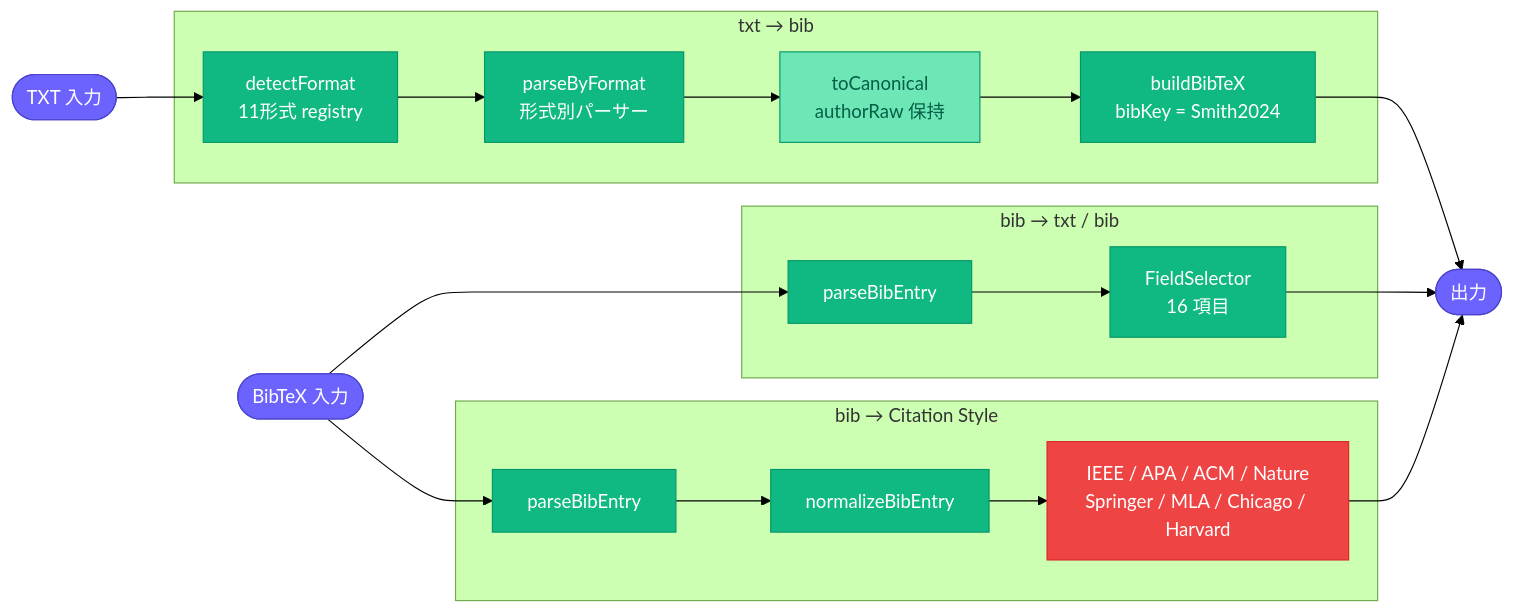
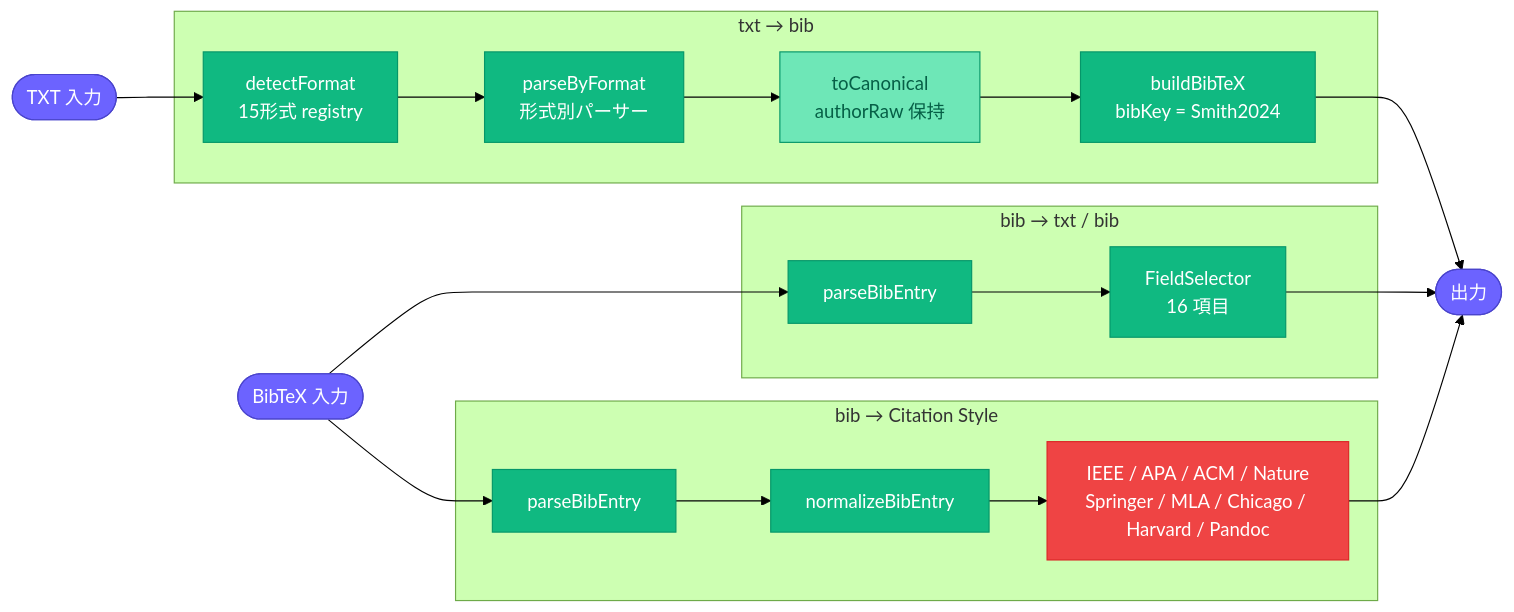
One commit to Axe0320/citation-bibtex-converter changed the second of 2 diagrams in README.md. Above: the diagram before and after it, drawn with Mermaid (forest theme). The commit also changed other lines of this file, not shown here.

````diff
--- a/README.md
+++ b/README.md
@@ -98,37 +99,37 @@
 ```mermaid
 flowchart LR
     classDef mod   fill:#10B981,color:#fff,stroke:#059669
     classDef canon fill:#6EE7B7,color:#065F46,stroke:#059669
     classDef fmt   fill:#EF4444,color:#fff,stroke:#DC2626
     classDef io    fill:#6C63FF,color:#fff,stroke:#4a44cc
 
     TI([TXT 入力]):::io
     BI([BibTeX 入力]):::io
     OUT([出力]):::io
 
     subgraph A["txt → bib"]
-        A1[detectFormat\n11形式 registry]:::mod
+        A1[detectFormat\n15形式 registry]:::mod
         A2[parseByFormat\n形式別パーサー]:::mod
         A3[toCanonical\nauthorRaw 保持]:::canon
         A4["buildBibTeX\nbibKey = Smith2024"]:::mod
         A1 --> A2 --> A3 --> A4
     end
 
     subgraph B["bib → txt / bib"]
         B1[parseBibEntry]:::mod
         B2[FieldSelector\n16 項目]:::mod
         B1 --> B2
     end
 
     subgraph C["bib → Citation Style"]
         C1[parseBibEntry]:::mod
         C2[normalizeBibEntry]:::mod
-        C3["IEEE / APA / ACM / Nature\nSpringer / MLA / Chicago / Harvard"]:::fmt
+        C3["IEEE / APA / ACM / Nature\nSpringer / MLA / Chicago / Harvard / Pandoc"]:::fmt
         C1 --> C2 --> C3
     end
 
     TI --> A1
     BI --> B1
     BI --> C1
     A4 & B2 & C3 --> OUT
 ```
````
